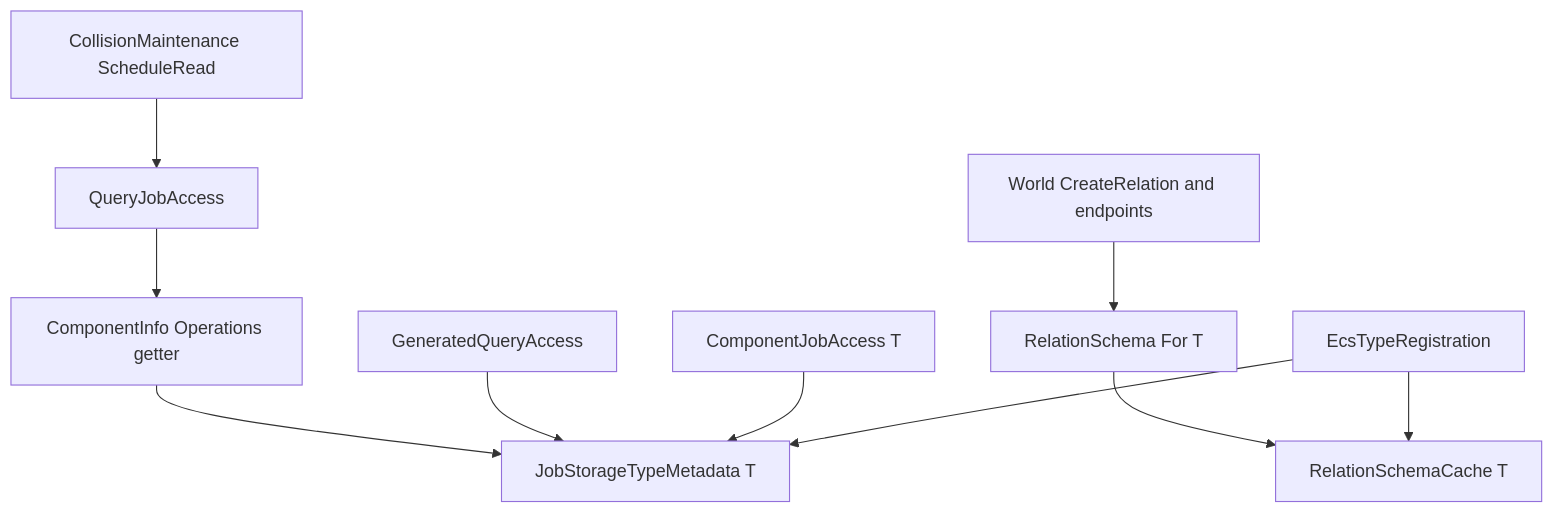
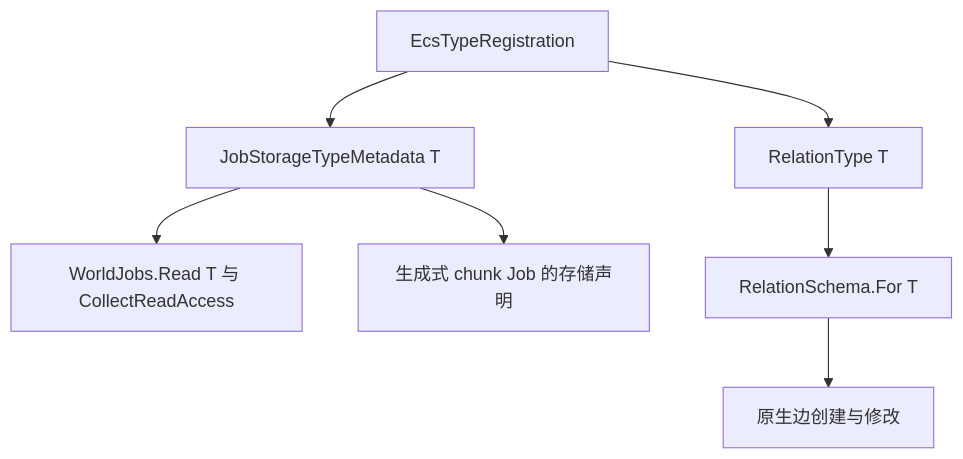
Before and after one commit to ODtian/SomeEngine.Next: the diagram in wiki/architecture/ECS/Relation-Packages-and-AOT.md, drawn with Mermaid. The commit also changed other lines of this file and 1441 other files, not shown here.

````diff
--- a/wiki/architecture/ECS/Relation-Packages-and-AOT.md
+++ b/wiki/architecture/ECS/Relation-Packages-and-AOT.md
@@ -34,12 +25,9 @@
 ```mermaid
 flowchart TD
-  A[EcsTypeRegistration] --> B[JobStorageTypeMetadata T]
-  A --> C[RelationSchemaCache T]
-  D[ComponentJobAccess T] --> B
-  E[GeneratedQueryAccess] --> B
-  F[QueryJobAccess] --> G[ComponentInfo Operations getter]
-  G --> B
-  H[World CreateRelation and endpoints] --> I[RelationSchema For T]
-  I --> C
-  J[CollisionMaintenance ScheduleRead] --> F
+    A[EcsTypeRegistration] --> B[JobStorageTypeMetadata T]
+    A --> C[RelationType T]
+    B --> D[WorldJobs.Read T 与 CollectReadAccess]
+    B --> E[生成式 chunk Job 的存储声明]
+    C --> F[RelationSchema.For T]
+    F --> G[原生边创建与修改]
 ```
````
